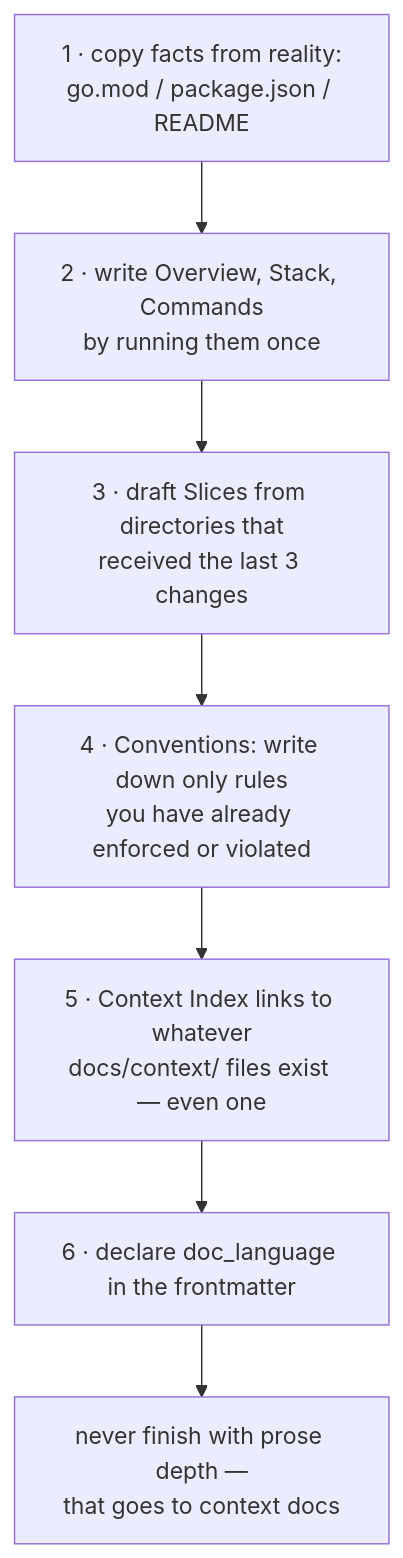
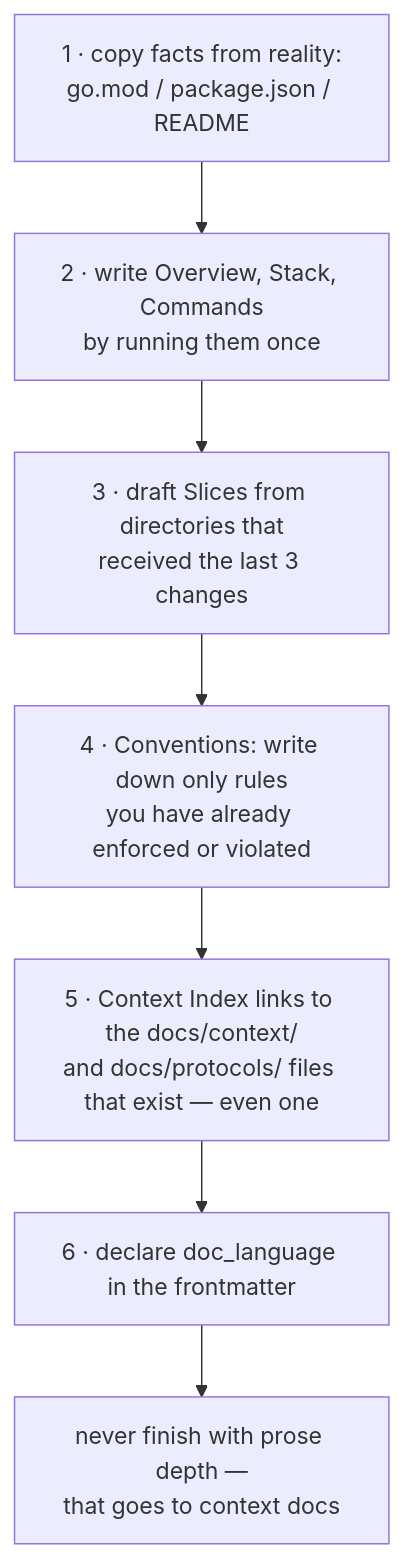
Before and after one commit to DaveR-ui/DocumentationAsAService: the diagram in guidelines/06-project-md.md, drawn with Mermaid. The commit also changed other lines of this file and 19 other files, not shown here.

````diff
--- a/guidelines/06-project-md.md
+++ b/guidelines/06-project-md.md
@@ -104,9 +105,9 @@
 ```mermaid
 flowchart TD
     S[1 · copy facts from reality:<br/>go.mod / package.json / README] --> P[2 · write Overview, Stack, Commands<br/>by running them once]
     P --> L[3 · draft Slices from directories that<br/>received the last 3 changes]
     L --> C[4 · Conventions: write down only rules<br/>you have already enforced or violated]
-    C --> X[5 · Context Index links to whatever<br/>docs/context/ files exist — even one]
+    C --> X[5 · Context Index links to the docs/context/<br/>and docs/protocols/ files that exist — even one]
     X --> D[6 · declare doc_language in the frontmatter]
     D --> W[never finish with prose depth —<br/>that goes to context docs]
 ```
````
